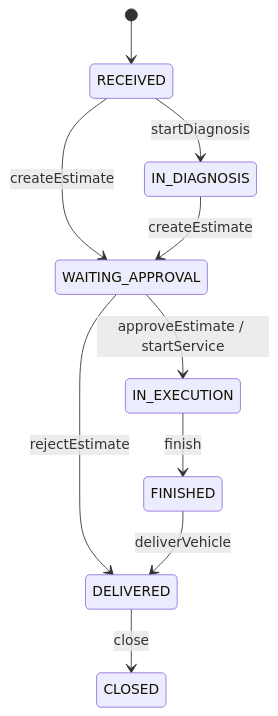
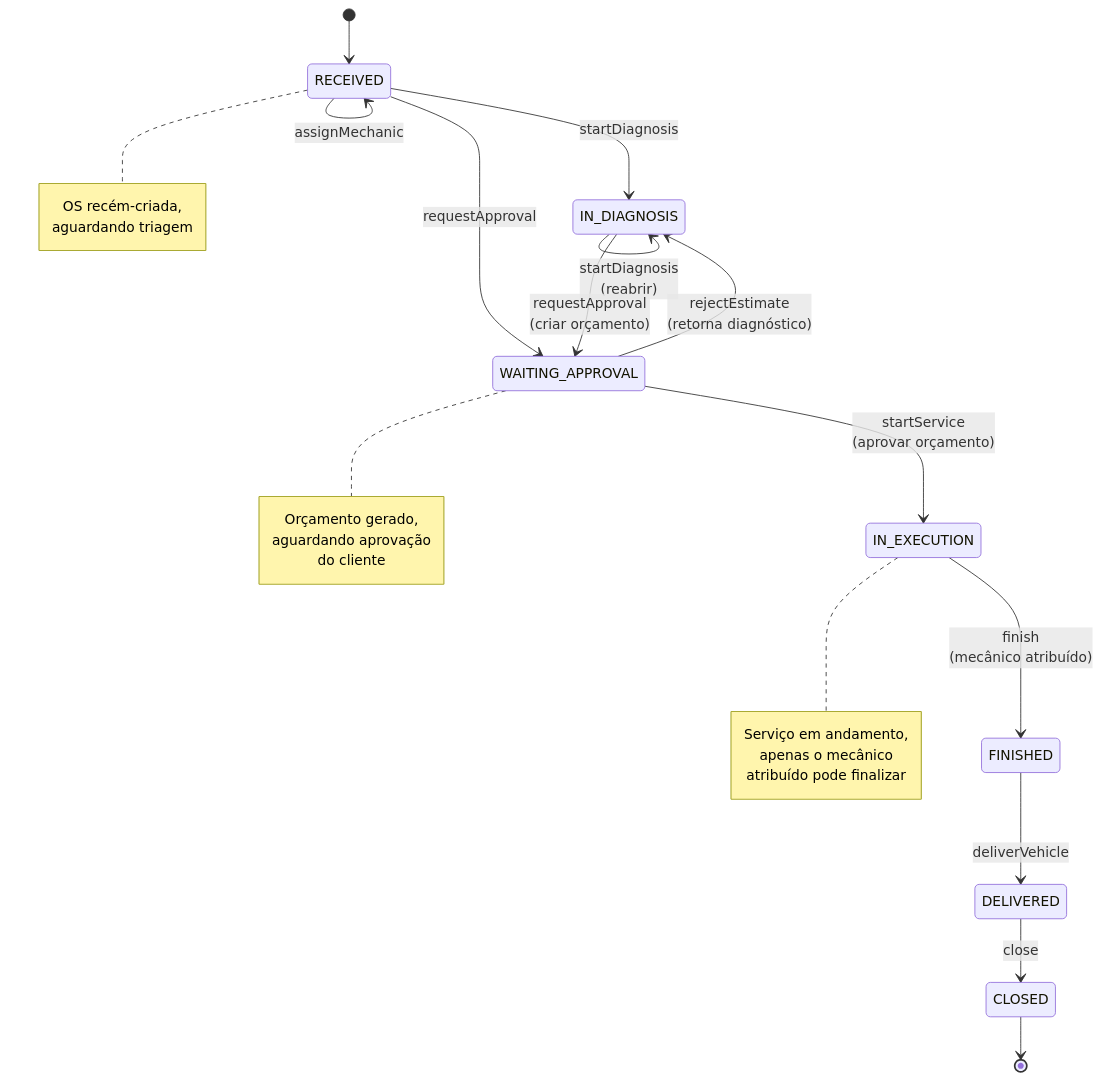
Before and after one commit to DevKaue/TechChallange: the diagram in docs/diagrams/03-maquina-estados.mmd, drawn with Mermaid. The commit also changed 6 other files, not shown here.

Commit message:
Fluxos mermaid atualizados

```diff
--- a/docs/diagrams/03-maquina-estados.mmd
+++ b/docs/diagrams/03-maquina-estados.mmd
@@ -1,10 +1,37 @@
 stateDiagram-v2
     [*] --> RECEIVED
+
+    RECEIVED --> RECEIVED : assignMechanic
     RECEIVED --> IN_DIAGNOSIS : startDiagnosis
-    RECEIVED --> WAITING_APPROVAL : createEstimate
-    IN_DIAGNOSIS --> WAITING_APPROVAL : createEstimate
-    WAITING_APPROVAL --> IN_EXECUTION : approveEstimate / startService
-    WAITING_APPROVAL --> DELIVERED : rejectEstimate
-    IN_EXECUTION --> FINISHED : finish
+    RECEIVED --> WAITING_APPROVAL : requestApproval
+
+    IN_DIAGNOSIS --> IN_DIAGNOSIS : startDiagnosis<br/>(reabrir)
+    IN_DIAGNOSIS --> WAITING_APPROVAL : requestApproval<br/>(criar orçamento)
+
+    WAITING_APPROVAL --> IN_EXECUTION : startService<br/>(aprovar orçamento)
+    WAITING_APPROVAL --> IN_DIAGNOSIS : rejectEstimate<br/>(retorna diagnóstico)
+
+    IN_EXECUTION --> FINISHED : finish<br/>(mecânico atribuído)
+
     FINISHED --> DELIVERED : deliverVehicle
+
     DELIVERED --> CLOSED : close
+
+    CLOSED --> [*]
+
+    note right of RECEIVED
+        OS recém-criada,
+        aguardando triagem
+    end note
+
+    note right of WAITING_APPROVAL
+        Orçamento gerado,
+        aguardando aprovação
+        do cliente
+    end note
+
+    note right of IN_EXECUTION
+        Serviço em andamento,
+        apenas o mecânico
+        atribuído pode finalizar
+    end note
```
